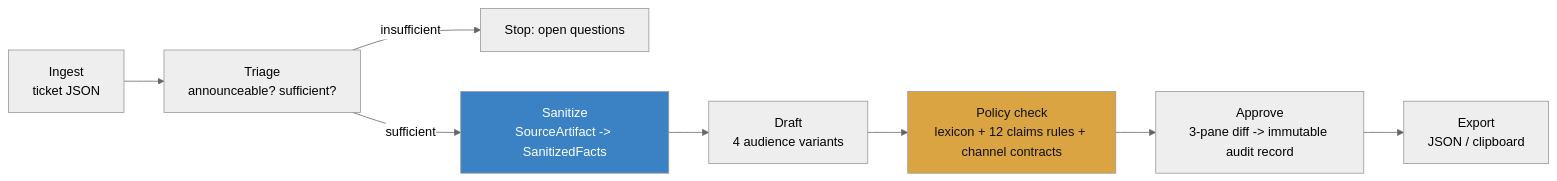
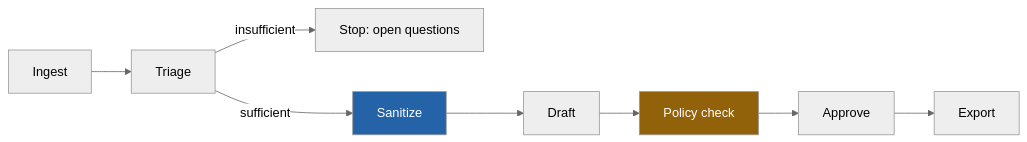
Before and after one commit to KiranBabu729/gatekeeper: the diagram in README.md, drawn with Mermaid (neutral theme). The commit also changed other lines of this file and 8 other files, not shown here.

````diff
--- a/README.md
+++ b/README.md
@@ -17,13 +40,13 @@
 ```mermaid
 flowchart LR
-    A[Ingest\nticket JSON] --> B[Triage\nannounceable? sufficient?]
+    A[Ingest] --> B[Triage]
     B -- insufficient --> X[Stop: open questions]
-    B -- sufficient --> C[Sanitize\nSourceArtifact -> SanitizedFacts]
-    C --> D[Draft\n4 audience variants]
-    D --> E[Policy check\nlexicon + 12 claims rules + channel contracts]
-    E --> F[Approve\n3-pane diff -> immutable audit record]
-    F --> G[Export\nJSON / clipboard]
+    B -- sufficient --> C[Sanitize]
+    C --> D[Draft]
+    D --> E[Policy check]
+    E --> F[Approve]
+    F --> G[Export]
 
-    style C fill:#3b82c4,color:#fff
-    style E fill:#d9a441,color:#111
+    style C fill:#2563a8,color:#fff
+    style E fill:#92620a,color:#fff
 ```
````
